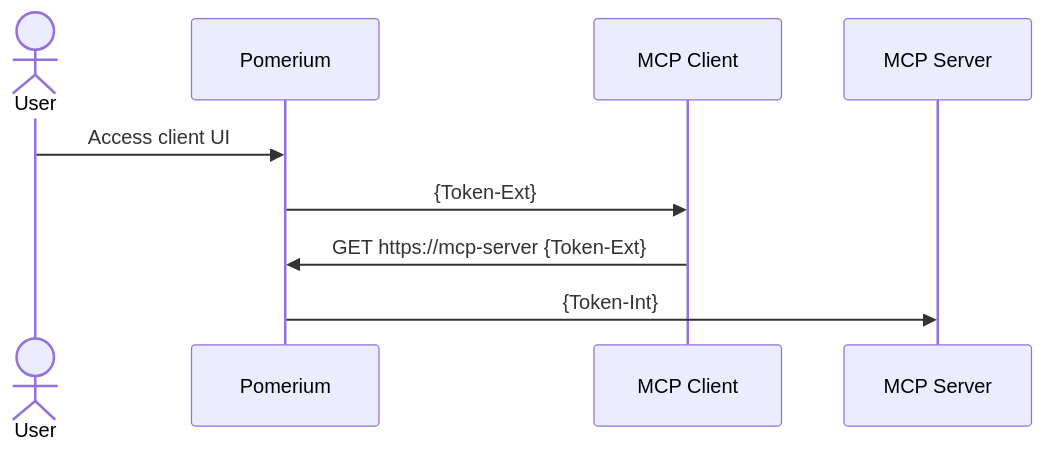
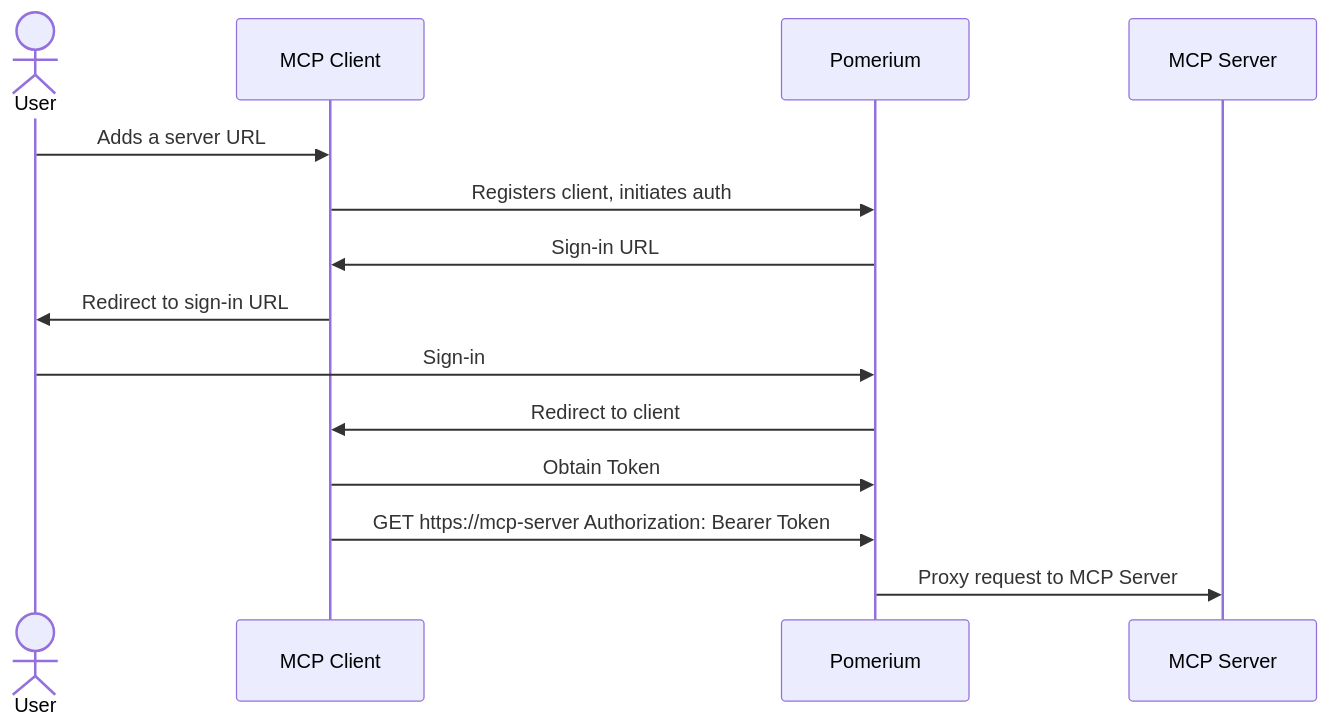
The first of 2 diagrams in README.md (pomerium/mcp-app-demo), drawn with Mermaid before and after one commit. The commit also changed other lines of this file, not shown here.

Commit message:
add oauth and ext client

````diff
--- a/README.md
+++ b/README.md
@@ -51,11 +55,16 @@
 ```mermaid
 sequenceDiagram
   actor U as User
+  participant C as MCP Client
   participant P as Pomerium
-  participant C as MCP Client
   participant S as MCP Server
-  U ->> P: Access client UI
-  P ->> C: {Token-Ext}
-  C ->> P: GET https://mcp-server {Token-Ext}
-  P ->> S: {Token-Int}
+  U ->> C: Adds a server URL
+  C ->> P: Registers client, initiates auth
+  P ->> C: Sign-in URL
+  C ->> U: Redirect to sign-in URL
+  U ->> P: Sign-in
+  P ->> C: Redirect to client
+  C ->> P: Obtain Token
+  C ->> P: GET https://mcp-server Authorization: Bearer Token
+  P ->> S: Proxy request to MCP Server
 ```
````
